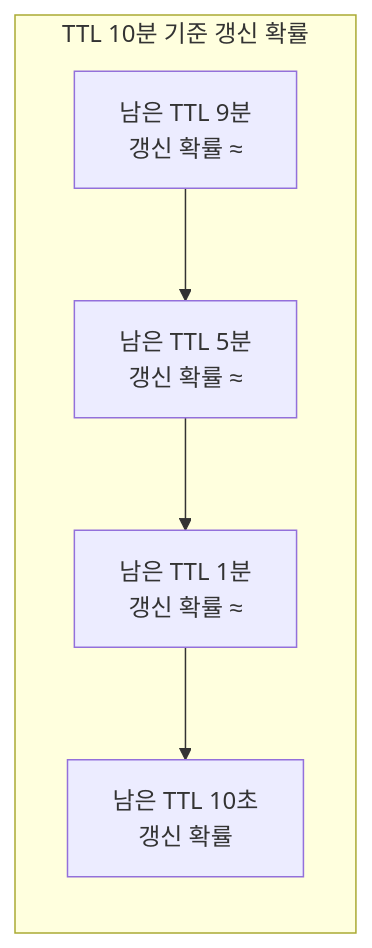
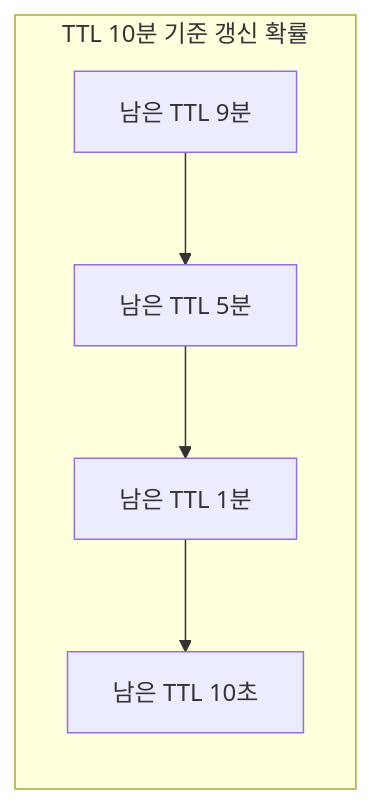
Before and after one commit to yjkim2015/yjkim2015.github.io: the fifth of 8 diagrams in _posts/caching/2026-05-03-cache-invalidation.md, drawn with Mermaid. The commit also changed other lines of this file and 217 other files, not shown here.

First line of the commit message:
Mermaid 크기 수정: useMaxWidth:true + SVG max-width:100% + 라벨 축소

````diff
--- a/_posts/caching/2026-05-03-cache-invalidation.md
+++ b/_posts/caching/2026-05-03-cache-invalidation.md
@@ -349,10 +349,10 @@
 ```mermaid
 graph LR
     subgraph "TTL 10분 기준 갱신 확률"
-        T1["남은 TTL 9분\n갱신 확률 ≈"]
-        T2["남은 TTL 5분\n갱신 확률 ≈"]
-        T3["남은 TTL 1분\n갱신 확률 ≈"]
-        T4["남은 TTL 10초\n갱신 확률"]
+        T1["남은 TTL 9분"]
+        T2["남은 TTL 5분"]
+        T3["남은 TTL 1분"]
+        T4["남은 TTL 10초"]
     end
     T1 --> T2 --> T3 --> T4
 ```
````
